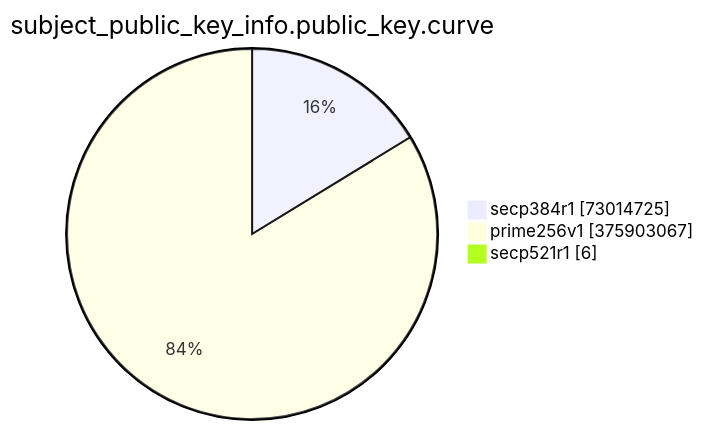
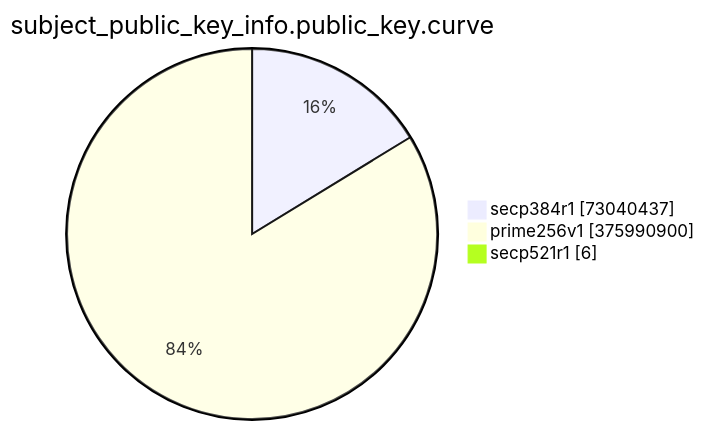
The eighth of 15 diagrams in TOTAL/README.md (christiankrug/ctmonitor_visualization), drawn with Mermaid before and after one commit. The commit also changed other lines of this file, not shown here.

````diff
--- a/TOTAL/README.md
+++ b/TOTAL/README.md
@@ -3094,7 +3094,7 @@
 ```mermaid
 pie showData
 title subject_public_key_info.public_key.curve
-"secp384r1" :73014725
-"prime256v1" :375903067
+"secp384r1" :73040437
+"prime256v1" :375990900
 "secp521r1" :6
 ```
````
